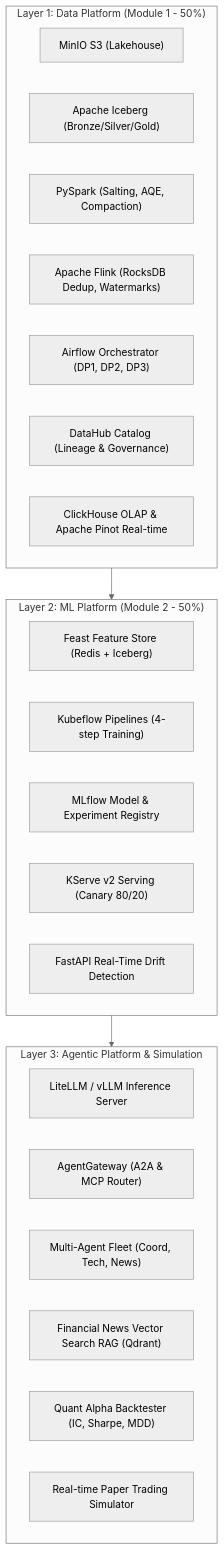
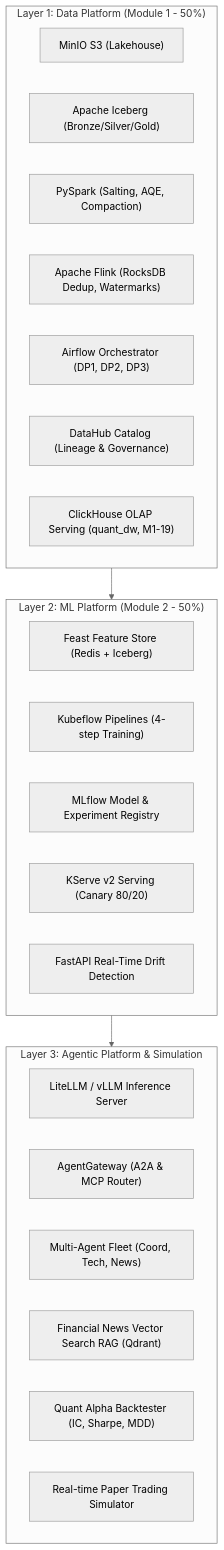
One commit to LongDeutsch/edai_quant_k11 changed the first of 2 diagrams in docs/plan/IMPLEMENTATION_PLAN.md. Above: the diagram before and after it, drawn with Mermaid (neutral theme). The commit also changed other lines of this file and 159 other files, not shown here.

````diff
--- a/docs/plan/IMPLEMENTATION_PLAN.md
+++ b/docs/plan/IMPLEMENTATION_PLAN.md
@@ -35,31 +35,31 @@
 ```mermaid
 flowchart TD
     subgraph L1["Layer 1: Data Platform (Module 1 - 50%)"]
         MinIO["MinIO S3 (Lakehouse)"]
         Iceberg["Apache Iceberg (Bronze/Silver/Gold)"]
         Spark["PySpark (Salting, AQE, Compaction)"]
         Flink["Apache Flink (RocksDB Dedup, Watermarks)"]
         Airflow["Airflow Orchestrator (DP1, DP2, DP3)"]
         DataHub["DataHub Catalog (Lineage & Governance)"]
-        ServingStores["ClickHouse OLAP & Apache Pinot Real-time"]
+        ServingStores["ClickHouse OLAP Serving (quant_dw, M1-19)"]
     end
 
     subgraph L2["Layer 2: ML Platform (Module 2 - 50%)"]
         Feast["Feast Feature Store (Redis + Iceberg)"]
         KFP["Kubeflow Pipelines (4-step Training)"]
         MLflow["MLflow Model & Experiment Registry"]
         KServe["KServe v2 Serving (Canary 80/20)"]
         Drift["FastAPI Real-Time Drift Detection"]
     end
 
     subgraph L3["Layer 3: Agentic Platform & Simulation"]
         LLMInfra["LiteLLM / vLLM Inference Server"]
         AgentGW["AgentGateway (A2A & MCP Router)"]
         AgentFleet["Multi-Agent Fleet (Coord, Tech, News)"]
         RAGPipe["Financial News Vector Search RAG (Qdrant)"]
         AlphaEngine["Quant Alpha Backtester (IC, Sharpe, MDD)"]
         PaperSim["Real-time Paper Trading Simulator"]
     end
 
     L1 --> L2 --> L3
 ```
````
